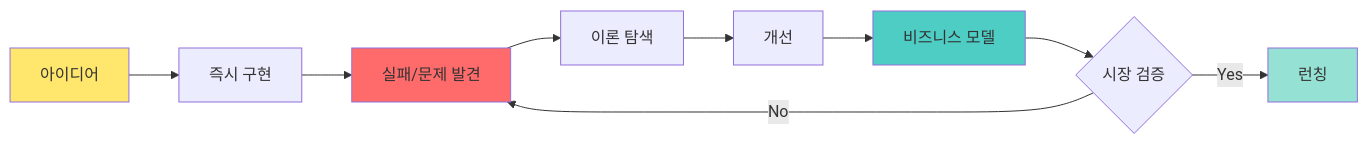
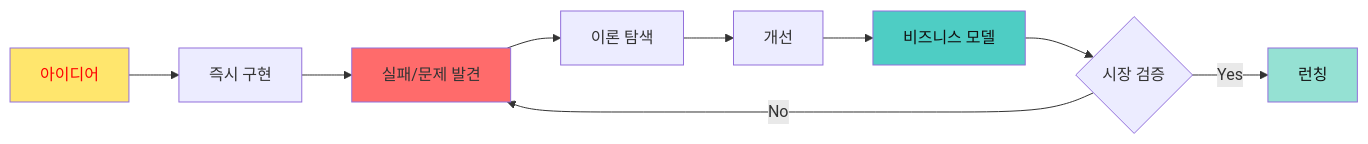
One commit to Collegenie-X/AI-Vive-Coding changed the first of 31 diagrams in Docs/AI교육_가상환경_비즈니스_중심_프로그램.md. Above: the diagram before and after it, drawn with Mermaid. The commit also changed other lines of this file, not shown here.

````diff
--- a/Docs/AI교육_가상환경_비즈니스_중심_프로그램.md
+++ b/Docs/AI교육_가상환경_비즈니스_중심_프로그램.md
@@ -10,16 +10,16 @@
 ```mermaid
 graph LR
     A[아이디어] --> B[즉시 구현]
     B --> C[실패/문제 발견]
     C --> D[이론 탐색]
     D --> E[개선]
     E --> F[비즈니스 모델]
     F --> G{시장 검증}
     G -->|No| C
     G -->|Yes| H[런칭]
     
-    style A fill:#ffe66d
+    style A fill:#ffe66d,color:#f00
     style C fill:#ff6b6b
-    style F fill:#4ecdc4
-    style H fill:#95e1d3
+    style F fill:#4ecdc4,color:#111
+    style H fill:#95e1d3,color:#111
 ```
````
